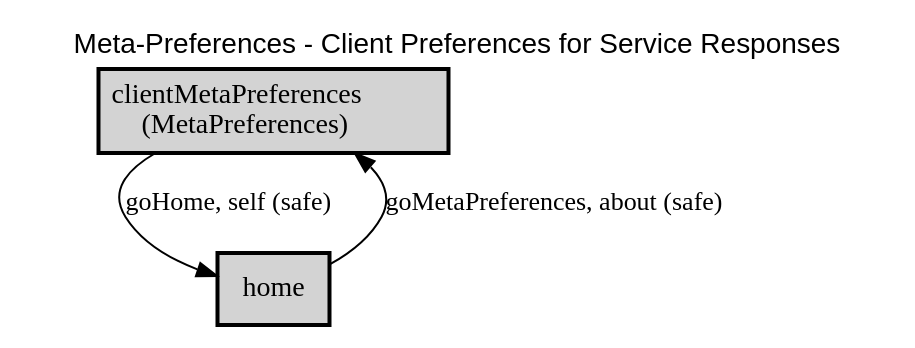
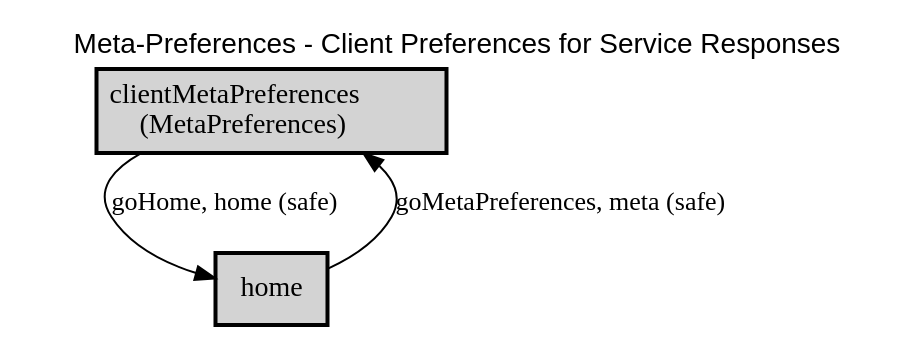
The diagram in docs/meta-preferences/meta-preferences.dot (webapicookbook/alps-documents), drawn with Graphviz before and after one commit. The commit also changed 5 other files, not shown here.

Commit message:
update diagram

```diff
--- a/docs/meta-preferences/meta-preferences.dot
+++ b/docs/meta-preferences/meta-preferences.dot
@@ -1,17 +1,17 @@
 digraph application_state_diagram {
   graph [
     labelloc="t";
     fontname="Helvetica"
     label="Meta-Preferences - Client Preferences for Service Responses";
     URL="index.html" target="_parent"
   ];
   node [shape = box, style = "bold,filled" fillcolor="lightgray"];
 
     clientMetaPreferences [margin=0.02, label=<<table cellspacing="0" cellpadding="5" border="0"><tr><td>clientMetaPreferences<br />(MetaPreferences)<br /></td></tr></table>>,shape=box URL="docs/semantic.clientMetaPreferences.html" target="_parent"]
 
-    clientMetaPreferences -> home [label = <goHome, self (safe)> URL="docs/safe.goHome.html" target="_parent" fontsize=13];
-    home -> clientMetaPreferences [label = <goMetaPreferences, about (safe)> URL="docs/safe.goMetaPreferences.html" target="_parent" fontsize=13];
+    clientMetaPreferences -> home [label = <goHome, home (safe)> URL="docs/safe.goHome.html" target="_parent" fontsize=13];
+    home -> clientMetaPreferences [label = <goMetaPreferences, meta (safe)> URL="docs/safe.goMetaPreferences.html" target="_parent" fontsize=13];
 
     home [label = <home> URL="docs/semantic.home.html" target="_parent"]
 
 }
```
